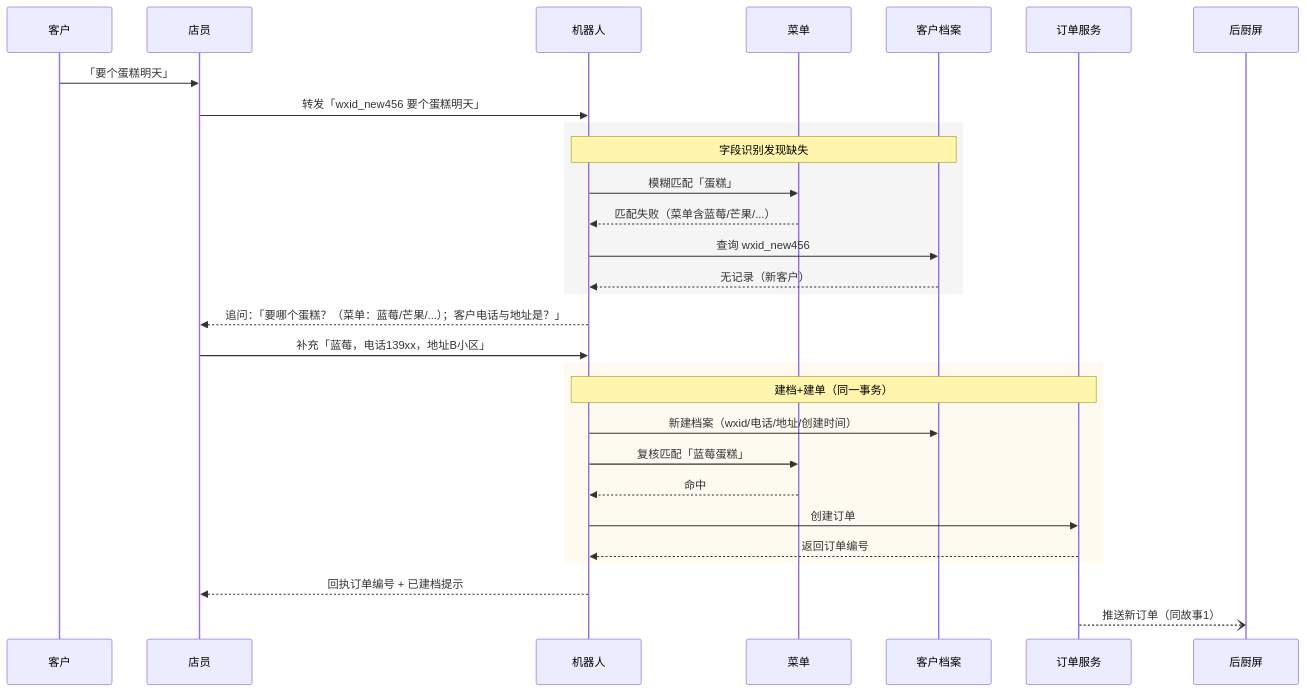
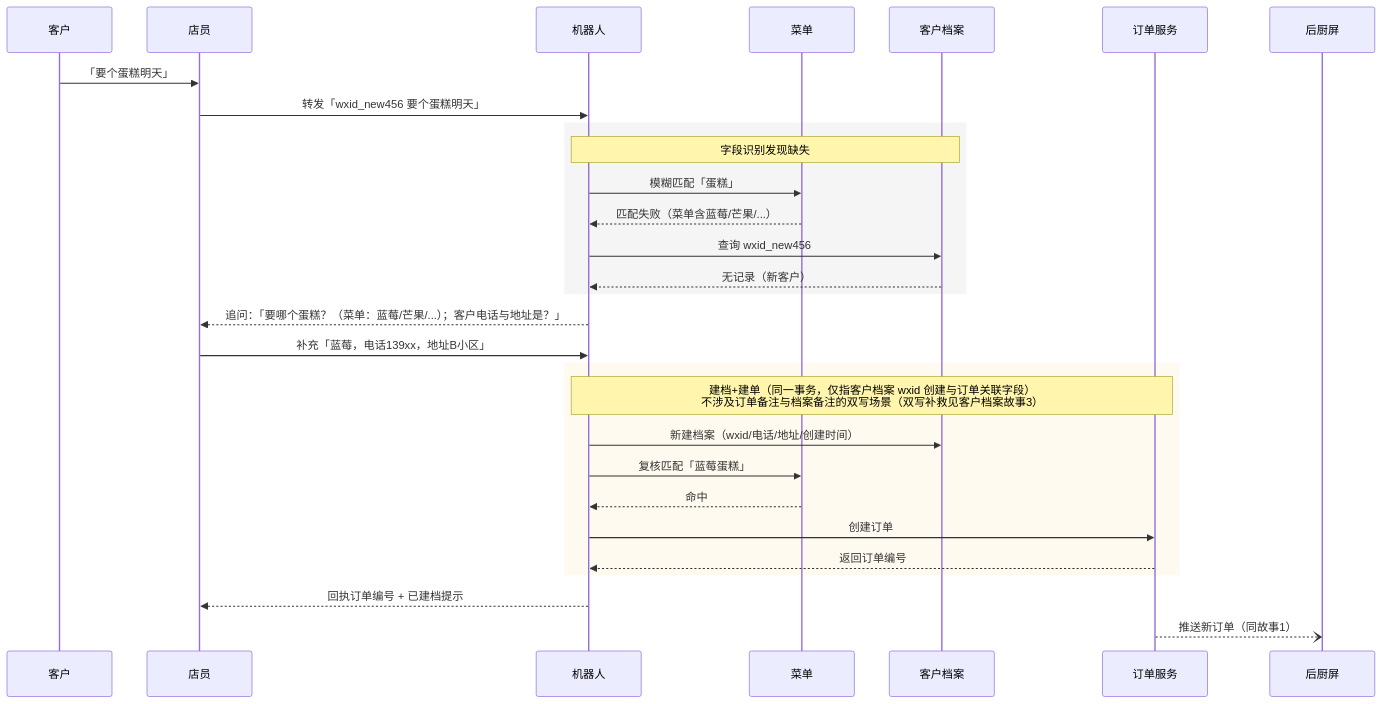
Before and after one commit to Antiqueeeee/cake-management: the second of 30 diagrams in docs/时序图.md, drawn with Mermaid. The commit also changed other lines of this file and 1 other file, not shown here.

````diff
--- a/docs/时序图.md
+++ b/docs/时序图.md
@@ -131,36 +131,36 @@
 ```mermaid
 sequenceDiagram
     participant 客户
     participant 店员
     participant 机器人
     participant 菜单
     participant 档案 as 客户档案
     participant 订单 as 订单服务
     participant 屏 as 后厨屏
 
     客户->>店员: 「要个蛋糕明天」
     店员->>机器人: 转发「wxid_new456 要个蛋糕明天」
 
     rect rgb(245, 245, 245)
     Note over 机器人,档案: 字段识别发现缺失
     机器人->>菜单: 模糊匹配「蛋糕」
     菜单-->>机器人: 匹配失败（菜单含蓝莓/芒果/...）
     机器人->>档案: 查询 wxid_new456
     档案-->>机器人: 无记录（新客户）
     end
 
     机器人-->>店员: 追问：「要哪个蛋糕？（菜单：蓝莓/芒果/...）；客户电话与地址是？」
     店员->>机器人: 补充「蓝莓，电话139xx，地址B小区」
 
     rect rgb(255, 250, 240)
-    Note over 机器人,订单: 建档+建单（同一事务）
+    Note over 机器人,订单: 建档+建单（同一事务，仅指客户档案 wxid 创建与订单关联字段）<br/>不涉及订单备注与档案备注的双写场景（双写补救见客户档案故事3）
     机器人->>档案: 新建档案（wxid/电话/地址/创建时间）
     机器人->>菜单: 复核匹配「蓝莓蛋糕」
     菜单-->>机器人: 命中
     机器人->>订单: 创建订单
     订单-->>机器人: 返回订单编号
     end
 
     机器人-->>店员: 回执订单编号 + 已建档提示
     订单--)屏: 推送新订单（同故事1）
 ```
````
